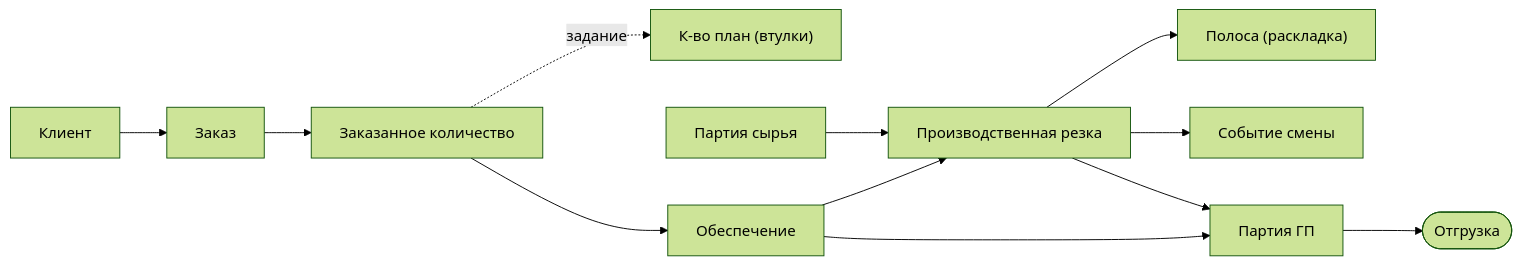
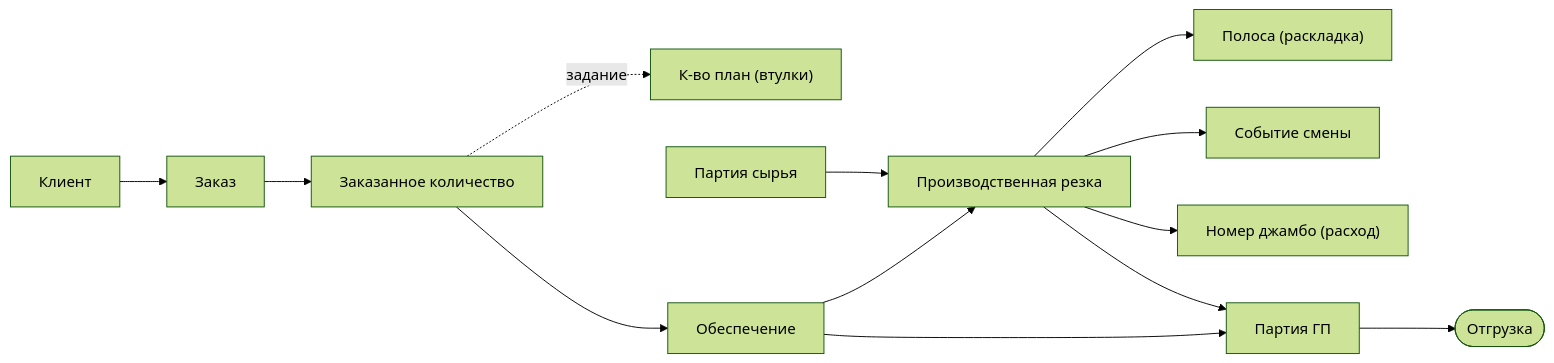
Before and after one commit to ideav/crm: the second of 2 diagrams in docs/atex_data_schema.md, drawn with Mermaid (forest theme). The commit also changed other lines of this file and 4 other files, not shown here.

First line of the commit message:
feat(atex-slitter #4860): расход джамбо — номер, рабочий расход, к списанию

````diff
--- a/docs/atex_data_schema.md
+++ b/docs/atex_data_schema.md
@@ -427,14 +457,15 @@
 ```mermaid
 flowchart LR
     K["Клиент"] --> Z["Заказ"]
     Z --> P["Заказанное количество"]
     P -. "задание" .-> KV["К-во план (втулки)"]
     PS["Партия сырья"] --> R["Производственная резка"]
     P --> OB["Обеспечение"]
     OB --> R
     R --> PL["Полоса (раскладка)"]
     R --> SE["Событие смены"]
+    R --> JB["Номер джамбо (расход)"]
     R --> GP["Партия ГП"]
     OB --> GP
     GP --> SHIP(["Отгрузка"])
 ```
````
